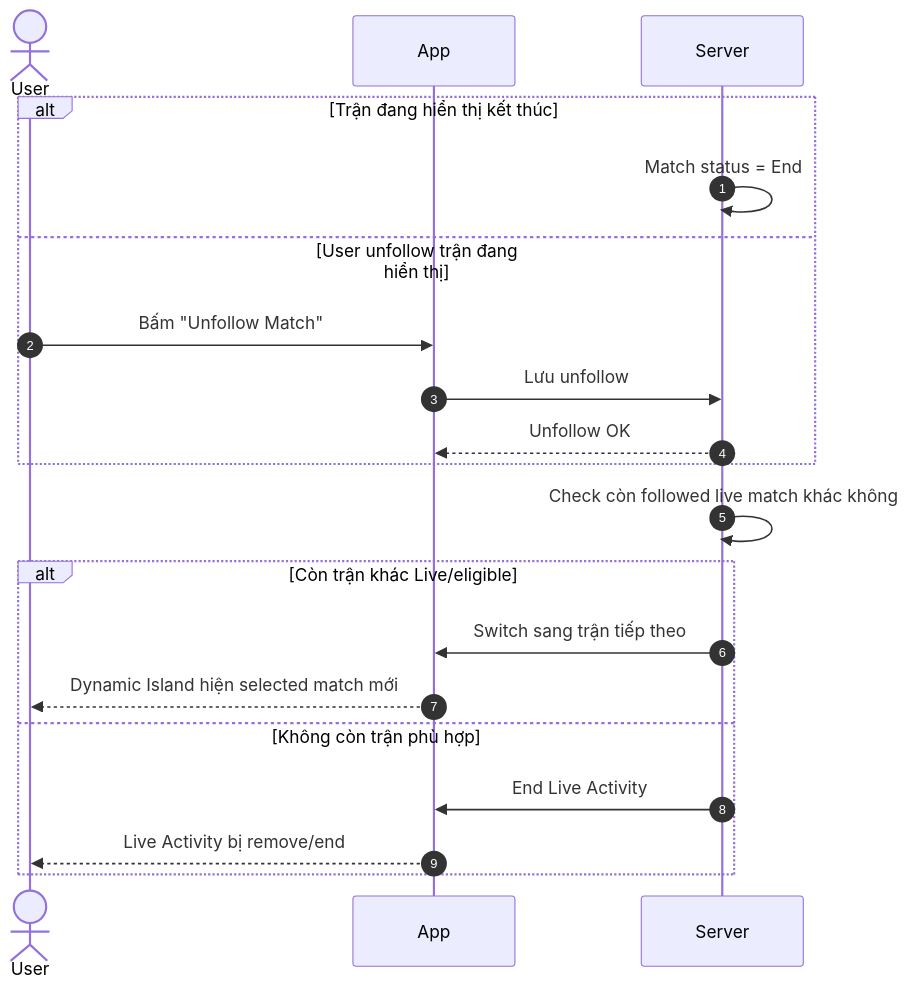
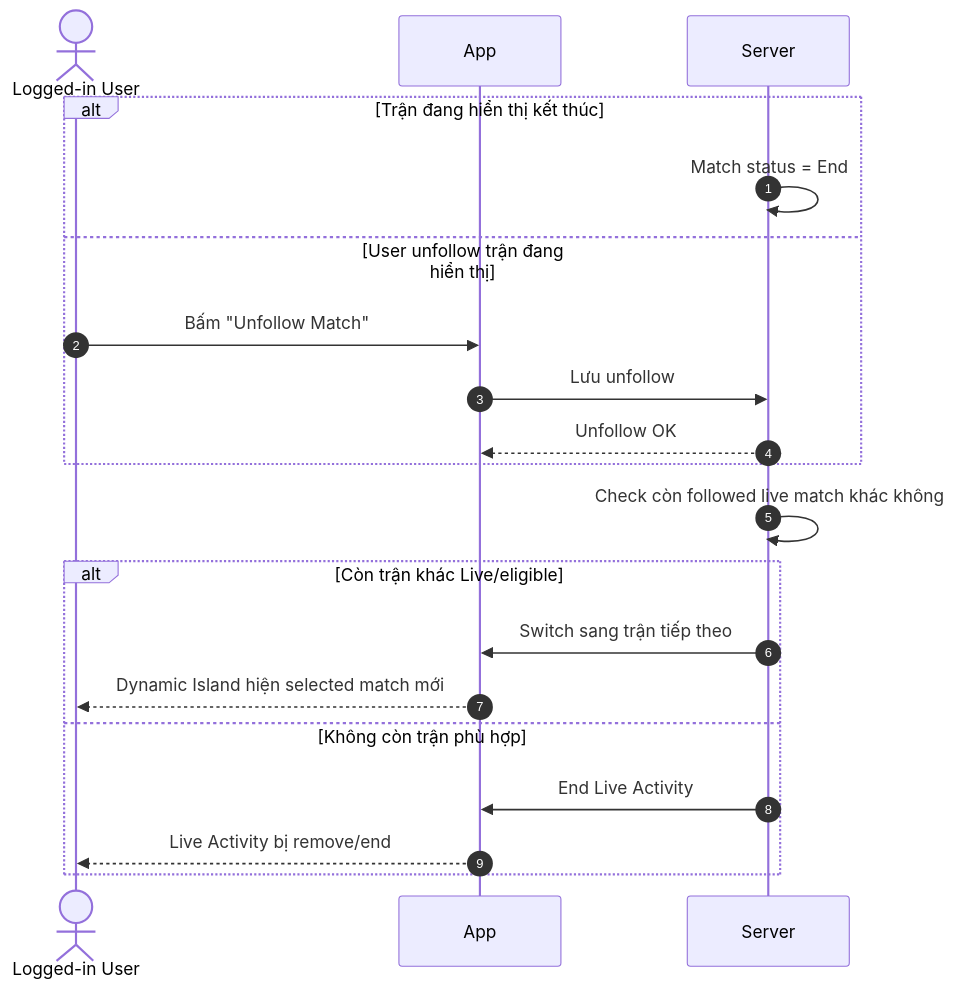
Before and after one commit to duongdang1136/FPTPLay: the third of 4 diagrams in features/final-docs/Sport-Zone/Live-Activity/product/live-activity-user-flows-functional-requirements.md, drawn with Mermaid. The commit also changed other lines of this file, not shown here.

Commit message:
docs: clarify live activity actor as logged in user

````diff
--- a/features/final-docs/Sport-Zone/Live-Activity/product/live-activity-user-flows-functional-requirements.md
+++ b/features/final-docs/Sport-Zone/Live-Activity/product/live-activity-user-flows-functional-requirements.md
@@ -133,26 +133,26 @@
 ```mermaid
 sequenceDiagram
     autonumber
 
-    actor User
+    actor User as Logged-in User
     participant App
     participant Server
 
     alt Trận đang hiển thị kết thúc
         Server->>Server: Match status = End
     else User unfollow trận đang hiển thị
         User->>App: Bấm "Unfollow Match"
         App->>Server: Lưu unfollow
         Server-->>App: Unfollow OK
     end
 
     Server->>Server: Check còn followed live match khác không
 
     alt Còn trận khác Live/eligible
         Server->>App: Switch sang trận tiếp theo
         App-->>User: Dynamic Island hiện selected match mới
     else Không còn trận phù hợp
         Server->>App: End Live Activity
         App-->>User: Live Activity bị remove/end
     end
 ```
````
